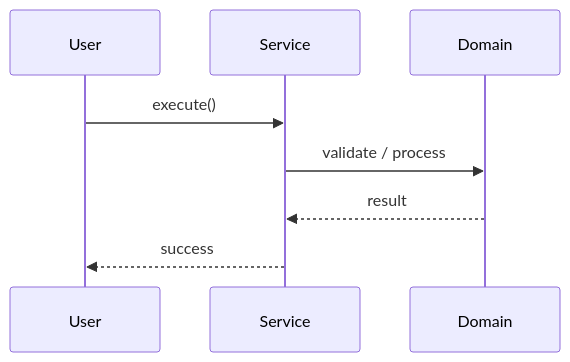
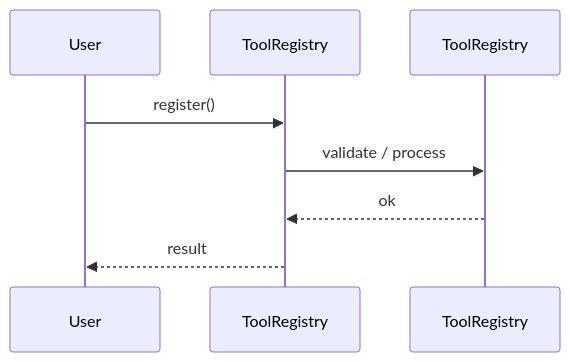
Before and after one commit to madhupaila/Interview-Prep-SSE: the second of 3 diagrams in Learn/System Design - Low Level Design/05-genai-llm-lld/questions/Q02-agent-tool-registry.md, drawn with Mermaid. The commit also changed other lines of this file and 491 other files, not shown here.

````diff
--- a/Learn/System Design - Low Level Design/05-genai-llm-lld/questions/Q02-agent-tool-registry.md
+++ b/Learn/System Design - Low Level Design/05-genai-llm-lld/questions/Q02-agent-tool-registry.md
@@ -121,10 +147,10 @@
 ```mermaid
 sequenceDiagram
-    participant U as User
-    participant S as Service
-    participant D as Domain
-    U->>S: execute()
-    S->>D: validate / process
-    D-->>S: result
-    S-->>U: success
+participant U as User
+participant S as ToolRegistry
+participant D as ToolRegistry
+U->>S: register()
+S->>D: validate / process
+D-->>S: ok
+S-->>U: result
 ```
````
